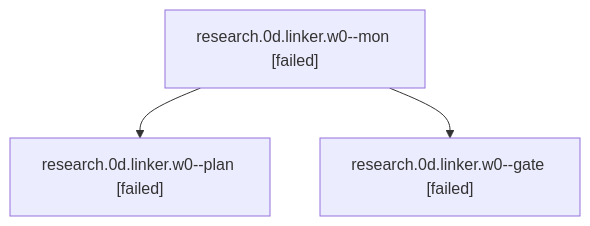
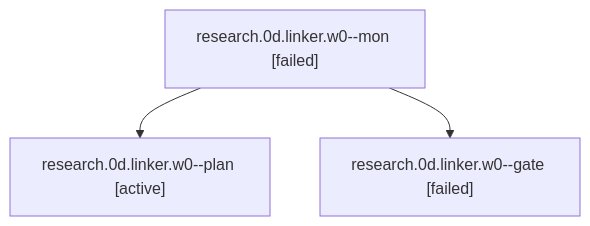
The diagram in sessions/bbugyi200.apollo.research.0d.linker.w0.md (bobs-org/bob-cli--agents), drawn with Mermaid before and after one commit. The commit also changed other lines of this file and 41 other files, not shown here.

````diff
--- a/sessions/bbugyi200.apollo.research.0d.linker.w0.md
+++ b/sessions/bbugyi200.apollo.research.0d.linker.w0.md
@@ -9,8 +9,8 @@
 ```mermaid
 flowchart TD
   n0["research.0d.linker.w0--mon [failed]"]
-  n1["research.0d.linker.w0--plan [failed]"]
+  n1["research.0d.linker.w0--plan [active]"]
   n0 --> n1
   n2["research.0d.linker.w0--gate [failed]"]
   n0 --> n2
 ```
````
